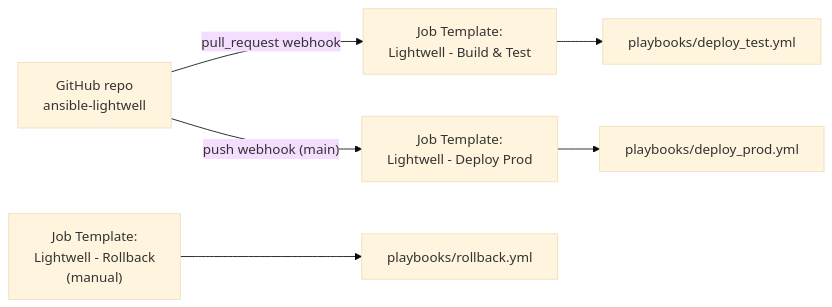
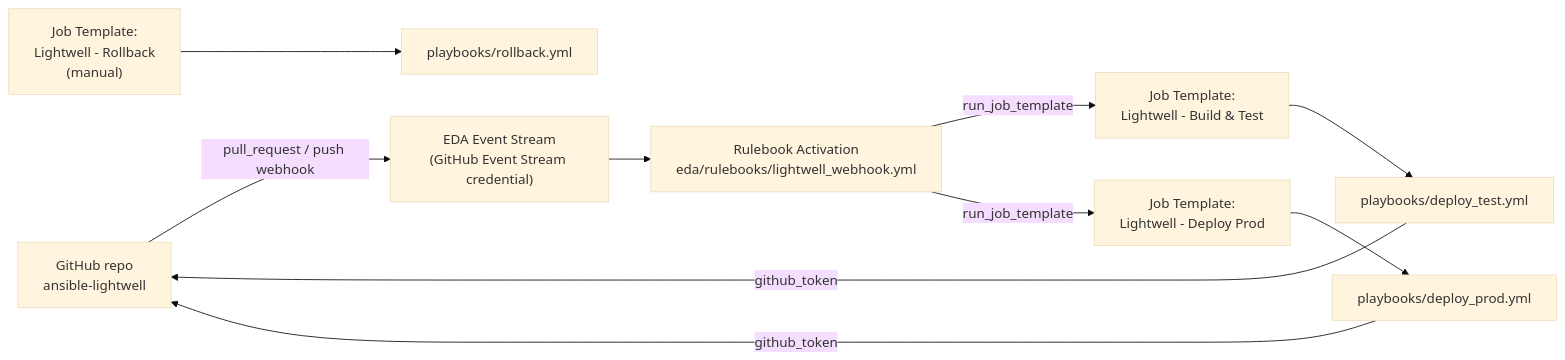
Before and after one commit to zjleblanc/ansible-lightwell: the diagram in docs/aap-setup.md, drawn with Mermaid (base theme). The commit also changed other lines of this file and 18 other files, not shown here.

````diff
--- a/docs/aap-setup.md
+++ b/docs/aap-setup.md
@@ -10,8 +18,12 @@
 ```mermaid
 flowchart LR
-    GH["GitHub repo\nansible-lightwell"] -->|"pull_request webhook"| JT1["Job Template:\nLightwell - Build & Test"]
-    GH -->|"push webhook (main)"| JT2["Job Template:\nLightwell - Deploy Prod"]
+    GH["GitHub repo\nansible-lightwell"] -->|"pull_request / push webhook"| ES["EDA Event Stream\n(GitHub Event Stream credential)"]
+    ES --> RA["Rulebook Activation\neda/rulebooks/lightwell_webhook.yml"]
+    RA -->|"run_job_template"| JT1["Job Template:\nLightwell - Build & Test"]
+    RA -->|"run_job_template"| JT2["Job Template:\nLightwell - Deploy Prod"]
     JT1 --> PB1["playbooks/deploy_test.yml"]
     JT2 --> PB2["playbooks/deploy_prod.yml"]
+    PB1 -->|"github_token"| GH
+    PB2 -->|"github_token"| GH
     JT3["Job Template:\nLightwell - Rollback\n(manual)"] --> PB3["playbooks/rollback.yml"]
 ```
````
